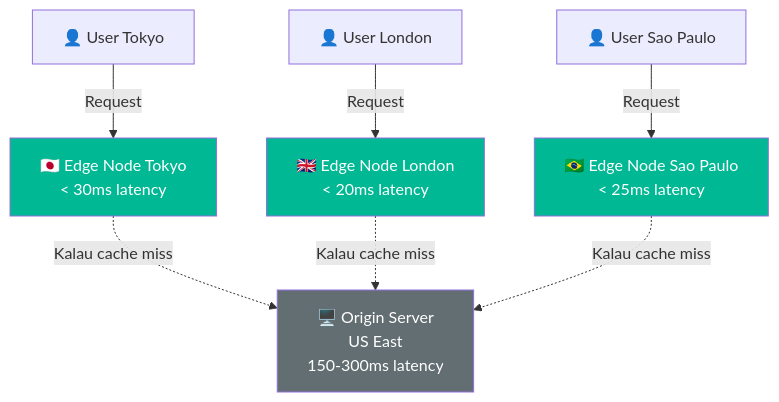
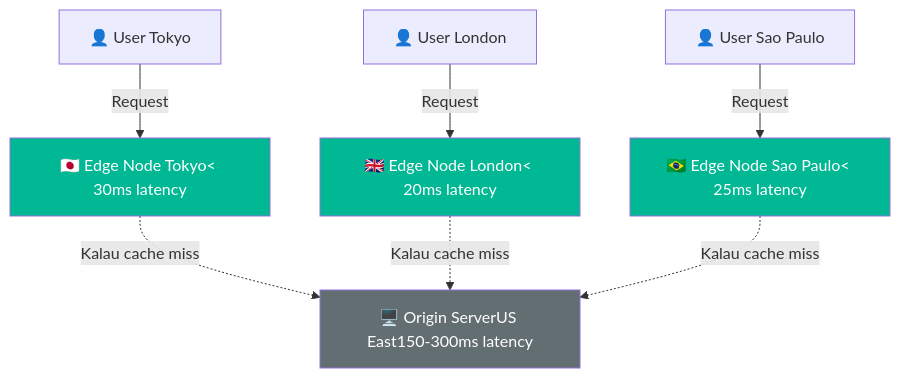
Before and after one commit to komandro-ccit/komandro-ccit.github.io: the tenth of 10 diagrams in src/content/materials/web/nextjs-framework-react-paling-teroptimasi-yang-pernah-dibangun.mdx, drawn with Mermaid. The commit also changed other lines of this file and 235 other files, not shown here.

````diff
--- a/src/content/materials/web/nextjs-framework-react-paling-teroptimasi-yang-pernah-dibangun.mdx
+++ b/src/content/materials/web/nextjs-framework-react-paling-teroptimasi-yang-pernah-dibangun.mdx
@@ -1079,25 +1079,25 @@
 ```mermaid
 graph TD
     UserJP["👤 User Tokyo"]
     UserEU["👤 User London"]
     UserBR["👤 User Sao Paulo"]
 
-    EdgeJP["🇯🇵 Edge Node Tokyo<br/>< 30ms latency"]
-    EdgeEU["🇬🇧 Edge Node London<br/>< 20ms latency"]
-    EdgeBR["🇧🇷 Edge Node Sao Paulo<br/>< 25ms latency"]
+    EdgeJP["🇯🇵 Edge Node Tokyo< 30ms latency"]
+    EdgeEU["🇬🇧 Edge Node London< 20ms latency"]
+    EdgeBR["🇧🇷 Edge Node Sao Paulo< 25ms latency"]
 
-    Origin["🖥️ Origin Server<br/>US East<br/>150-300ms latency"]
+    Origin["🖥️ Origin ServerUS East150-300ms latency"]
 
     UserJP -->|"Request"| EdgeJP
     UserEU -->|"Request"| EdgeEU
     UserBR -->|"Request"| EdgeBR
 
     EdgeJP -.->|"Kalau cache miss"| Origin
     EdgeEU -.->|"Kalau cache miss"| Origin
     EdgeBR -.->|"Kalau cache miss"| Origin
 
     style EdgeJP fill:#00b894,color:#fff
     style EdgeEU fill:#00b894,color:#fff
     style EdgeBR fill:#00b894,color:#fff
     style Origin fill:#636e72,color:#fff
 ```
````
